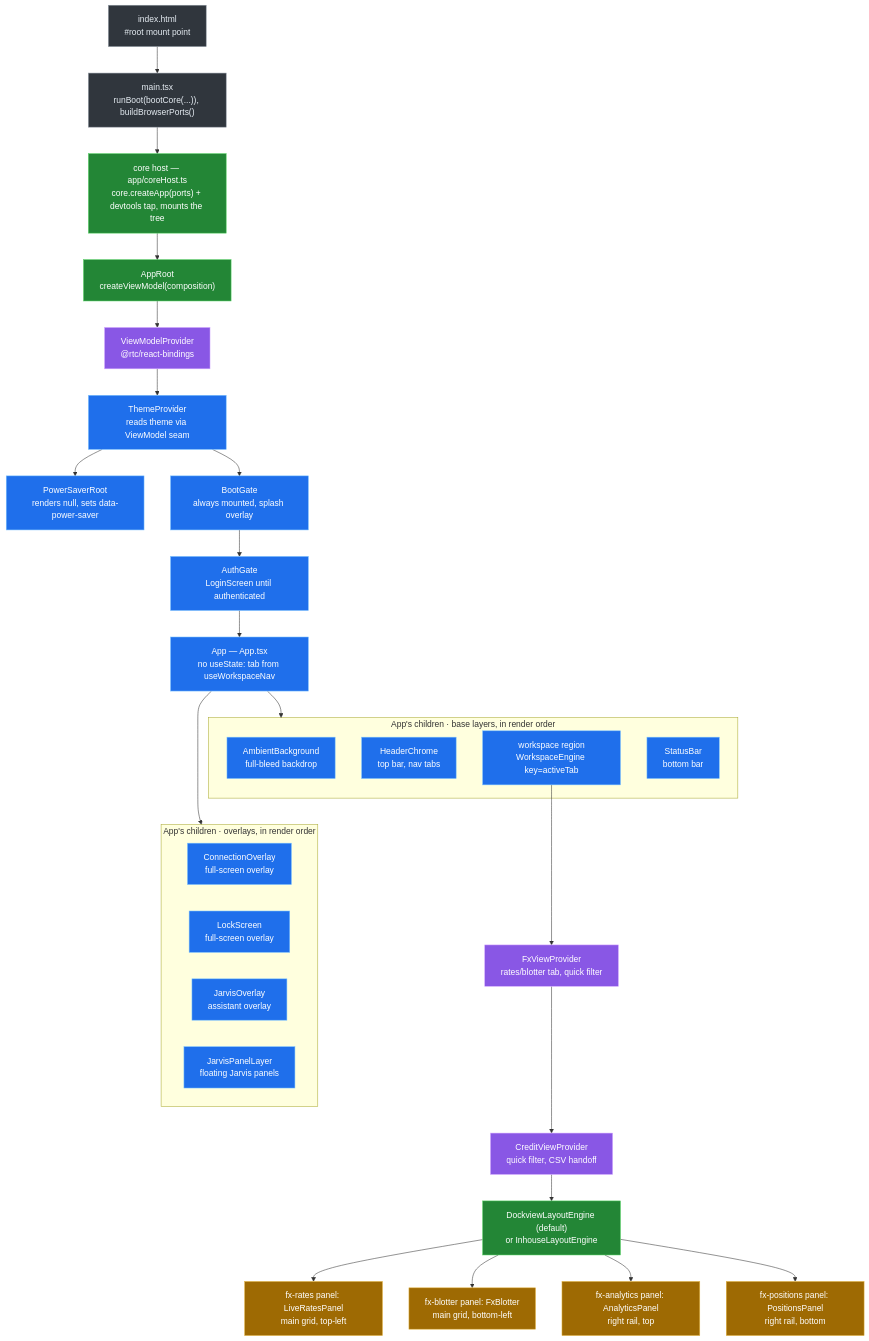
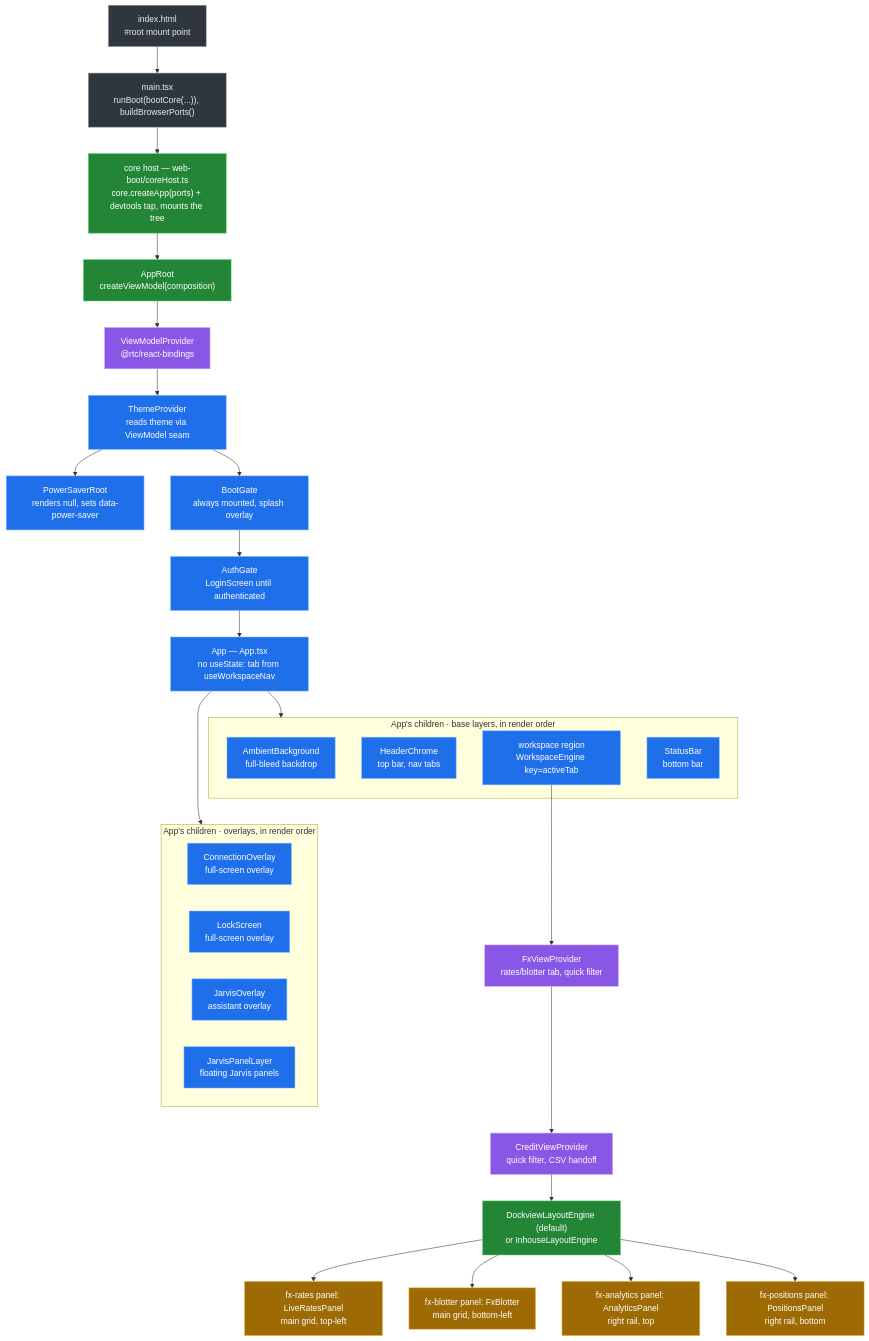
One commit to bettersoftware-io/ReactiveTraderCloudClone changed the first of 5 diagrams in docs/architecture/17-web-client-up-close.md. Above: the diagram before and after it, drawn with Mermaid. The commit also changed other lines of this file and 16 other files, not shown here.

First line of the commit message:
docs(web-boot): the package in CI, the coverage report and the docs

````diff
--- a/docs/architecture/17-web-client-up-close.md
+++ b/docs/architecture/17-web-client-up-close.md
@@ -58,59 +58,59 @@
 ```mermaid
 flowchart TB
     IndexHtml["index.html<br/>#root mount point"]:::entry
     MainTsx["main.tsx<br/>runBoot(bootCore(...)), buildBrowserPorts()"]:::entry
-    HostNode["core host — app/coreHost.ts<br/>core.createApp(ports) + devtools tap, mounts the tree"]:::core
+    HostNode["core host — web-boot/coreHost.ts<br/>core.createApp(ports) + devtools tap, mounts the tree"]:::core
     RootComp["AppRoot<br/>createViewModel(composition)"]:::core
     VMProvider["ViewModelProvider<br/>@rtc/react-bindings"]:::bridge
     ThemeProviderNode["ThemeProvider<br/>reads theme via ViewModel seam"]:::ui
 
     IndexHtml --> MainTsx --> HostNode --> RootComp --> VMProvider --> ThemeProviderNode
 
     PowerSaver["PowerSaverRoot<br/>renders null, sets data-power-saver"]:::ui
     BootGateNode["BootGate<br/>always mounted, splash overlay"]:::ui
     AuthGateNode["AuthGate<br/>LoginScreen until authenticated"]:::ui
     AppComp["App — App.tsx<br/>no useState: tab from useWorkspaceNav"]:::ui
 
     ThemeProviderNode --> PowerSaver
     ThemeProviderNode --> BootGateNode --> AuthGateNode --> AppComp
 
     subgraph Base["App's children · base layers, in render order"]
         Ambient["AmbientBackground<br/>full-bleed backdrop"]:::ui
         Header["HeaderChrome<br/>top bar, nav tabs"]:::ui
         Workspace["workspace region<br/>WorkspaceEngine key=activeTab"]:::ui
         Status["StatusBar<br/>bottom bar"]:::ui
     end
 
     subgraph Overlays["App's children · overlays, in render order"]
         ConnOverlay["ConnectionOverlay<br/>full-screen overlay"]:::ui
         Lock["LockScreen<br/>full-screen overlay"]:::ui
         JarvisO["JarvisOverlay<br/>assistant overlay"]:::ui
         JarvisP["JarvisPanelLayer<br/>floating Jarvis panels"]:::ui
     end
 
     AppComp --> Base
     AppComp --> Overlays
     Base ~~~ Overlays
 
     FxVP["FxViewProvider<br/>rates/blotter tab, quick filter"]:::bridge
     CreditVP["CreditViewProvider<br/>quick filter, CSV handoff"]:::bridge
     Engine["DockviewLayoutEngine (default)<br/>or InhouseLayoutEngine"]:::core
 
     Workspace --> FxVP --> CreditVP --> Engine
 
     Rates["fx-rates panel: LiveRatesPanel<br/>main grid, top-left"]:::leaf
     Blotter["fx-blotter panel: FxBlotter<br/>main grid, bottom-left"]:::leaf
     Analytics["fx-analytics panel: AnalyticsPanel<br/>right rail, top"]:::leaf
     Positions["fx-positions panel: PositionsPanel<br/>right rail, bottom"]:::leaf
 
     Engine --> Rates
     Engine --> Blotter
     Engine --> Analytics
     Engine --> Positions
 
     classDef entry fill:#30363d,stroke:#8b949e,color:#e6edf3
     classDef core   fill:#238636,stroke:#56d364,color:#ffffff
     classDef bridge fill:#8957e5,stroke:#d2a8ff,color:#ffffff
     classDef ui     fill:#1f6feb,stroke:#79c0ff,color:#ffffff
     classDef leaf   fill:#9e6a03,stroke:#e3b341,color:#ffffff
 ```
````
